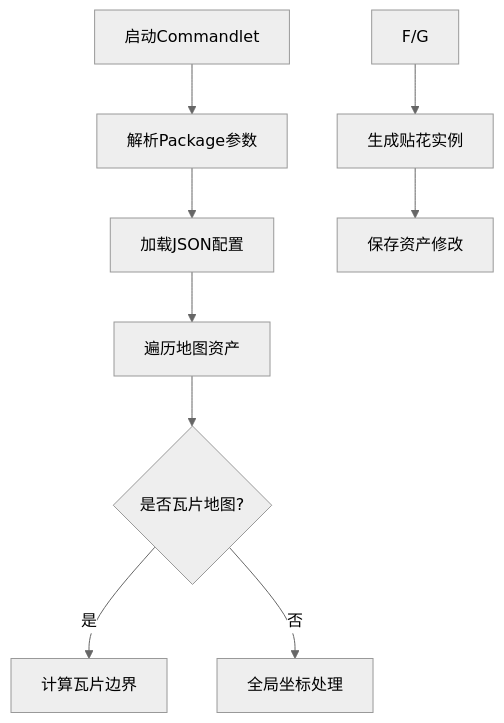
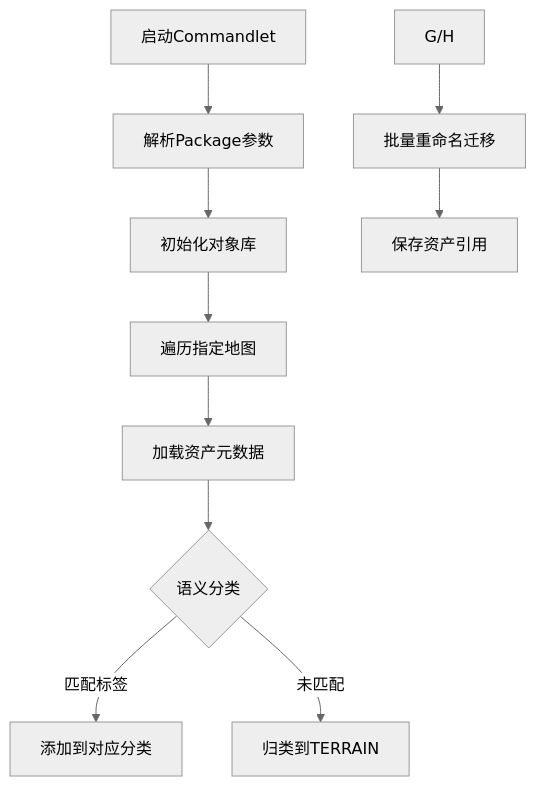
Before and after one commit to OpenHUTB/carla_doc: the diagram in docs/modules/Commandlet.md, drawn with Mermaid (neutral theme). The commit also changed other lines of this file, not shown here.

````diff
--- a/docs/modules/Commandlet.md
+++ b/docs/modules/Commandlet.md
@@ -128,11 +92,12 @@
 ```mermaid
 graph TD
   A[启动Commandlet] --> B[解析Package参数]
-  B --> C[加载JSON配置]
-  C --> D[遍历地图资产]
-  D --> E{是否瓦片地图?}
-  E -->|是| F[计算瓦片边界]
-  E -->|否| G[全局坐标处理]
-  F/G --> H[生成贴花实例]
-  H --> I[保存资产修改]
+  B --> C[初始化对象库]
+  C --> D[遍历指定地图]
+  D --> E[加载资产元数据]
+  E --> F{语义分类}
+  F -->|匹配标签| G[添加到对应分类]
+  F -->|未匹配| H[归类到TERRAIN]
+  G/H --> I[批量重命名迁移]
+  I --> J[保存资产引用]
 ```
````
